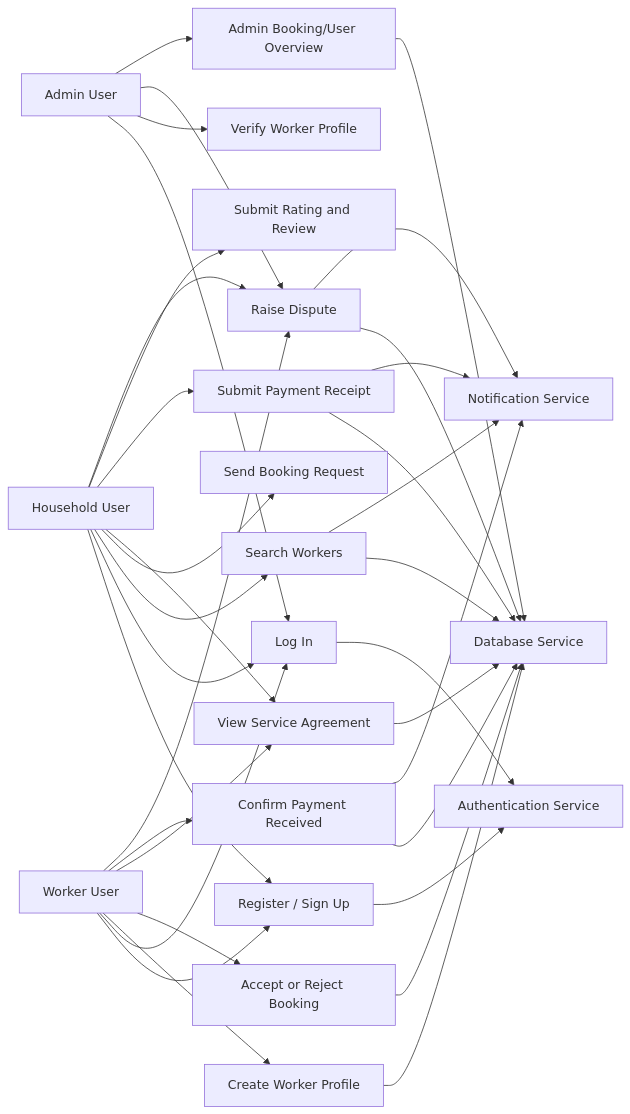
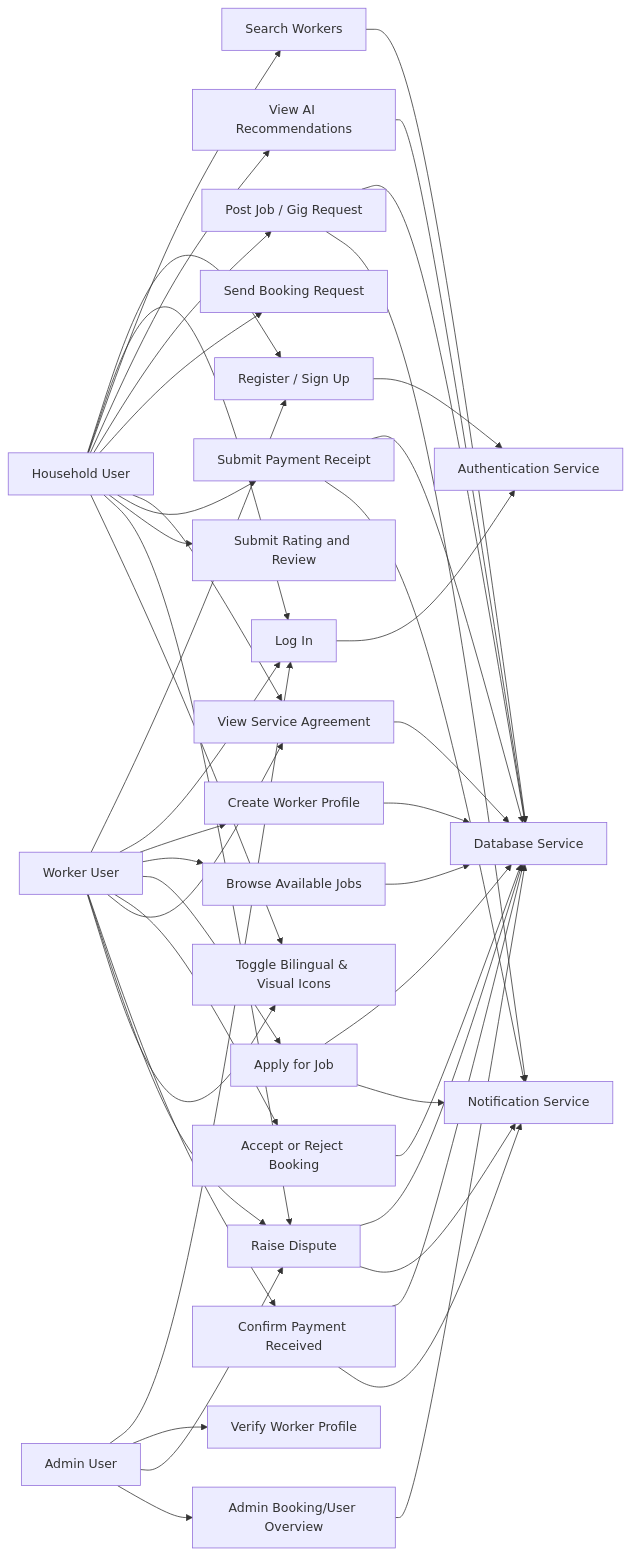
Before and after one commit to AbuZar-Babar/HomeEase: the first of 9 diagrams in Docs/30 Percent/Diagrams_Summary.md, drawn with Mermaid. The commit also changed other lines of this file and 85 other files, not shown here.

````diff
--- a/Docs/30 Percent/Diagrams_Summary.md
+++ b/Docs/30 Percent/Diagrams_Summary.md
@@ -17,46 +17,57 @@
 ```mermaid
 flowchart LR
     Household["Household User"]
     Worker["Worker User"]
     Admin["Admin User"]
     Auth["Authentication Service"]
     DB["Database Service"]
     Notify["Notification Service"]
 
     Household --> UC1["Register / Sign Up"]
     Household --> UC2["Log In"]
     Household --> UC5["Search Workers"]
+    Household --> UC17["View AI Recommendations"]
+    Household --> UC14["Post Job / Gig Request"]
     Household --> UC6["Send Booking Request"]
     Household --> UC11["View Service Agreement"]
     Household --> UC8["Submit Payment Receipt"]
     Household --> UC9["Submit Rating and Review"]
     Household --> UC10["Raise Dispute"]
+    Household --> UC18["Toggle Bilingual Mode"]
 
     Worker --> UC1
     Worker --> UC2
     Worker --> UC3["Create Worker Profile"]
+    Worker --> UC15["Browse Available Jobs"]
+    Worker --> UC16["Apply for Job"]
     Worker --> UC7["Accept or Reject Booking"]
     Worker --> UC11
     Worker --> UC12["Confirm Payment Received"]
     Worker --> UC10
+    Worker --> UC18["Toggle Bilingual & Visual Icons"]
 
     Admin --> UC2
     Admin --> UC4["Verify Worker Profile"]
     Admin --> UC10
     Admin --> UC13["Admin Booking/User Overview"]
 
     UC1 --> Auth
     UC2 --> Auth
     UC3 --> DB
     UC5 --> DB
-    UC5 --> Notify
+    UC17 --> DB
+    UC14 --> DB
+    UC14 --> Notify
+    UC15 --> DB
+    UC16 --> DB
+    UC16 --> Notify
     UC7 --> DB
     UC8 --> DB
     UC8 --> Notify
     UC10 --> DB
     UC10 --> Notify
     UC11 --> DB
     UC12 --> DB
     UC12 --> Notify
     UC13 --> DB
 ```
````
